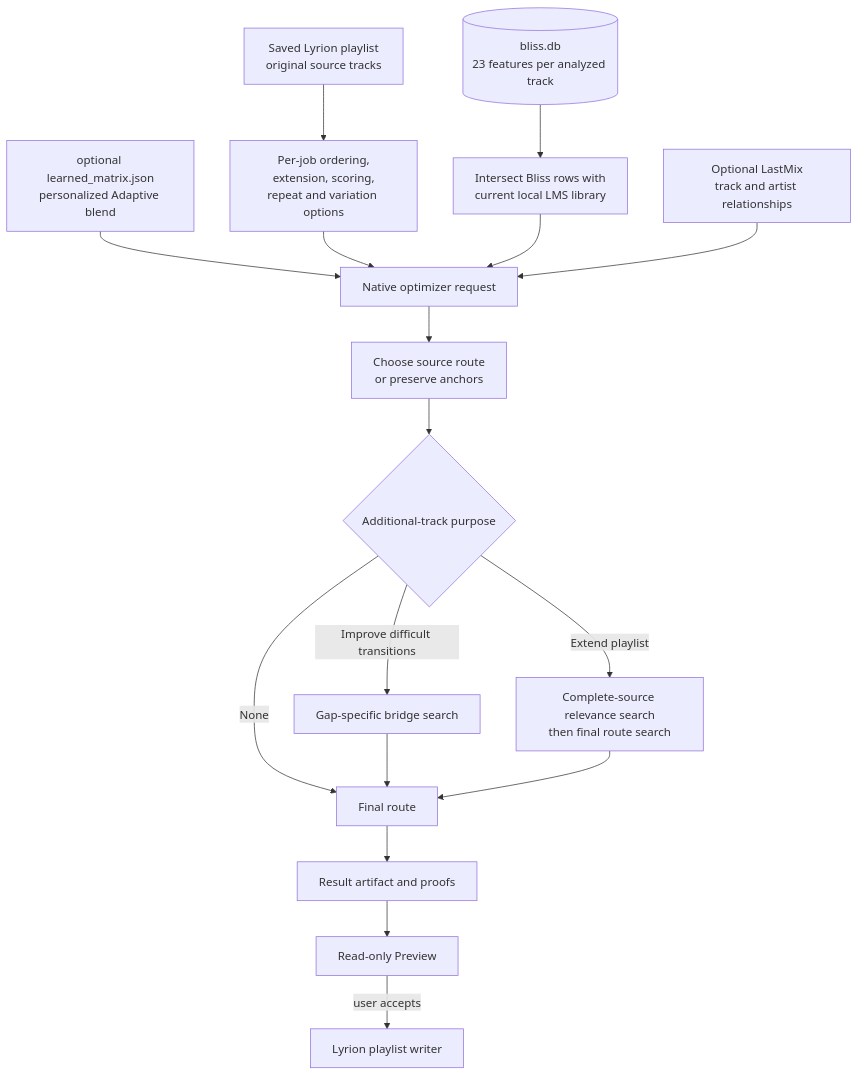
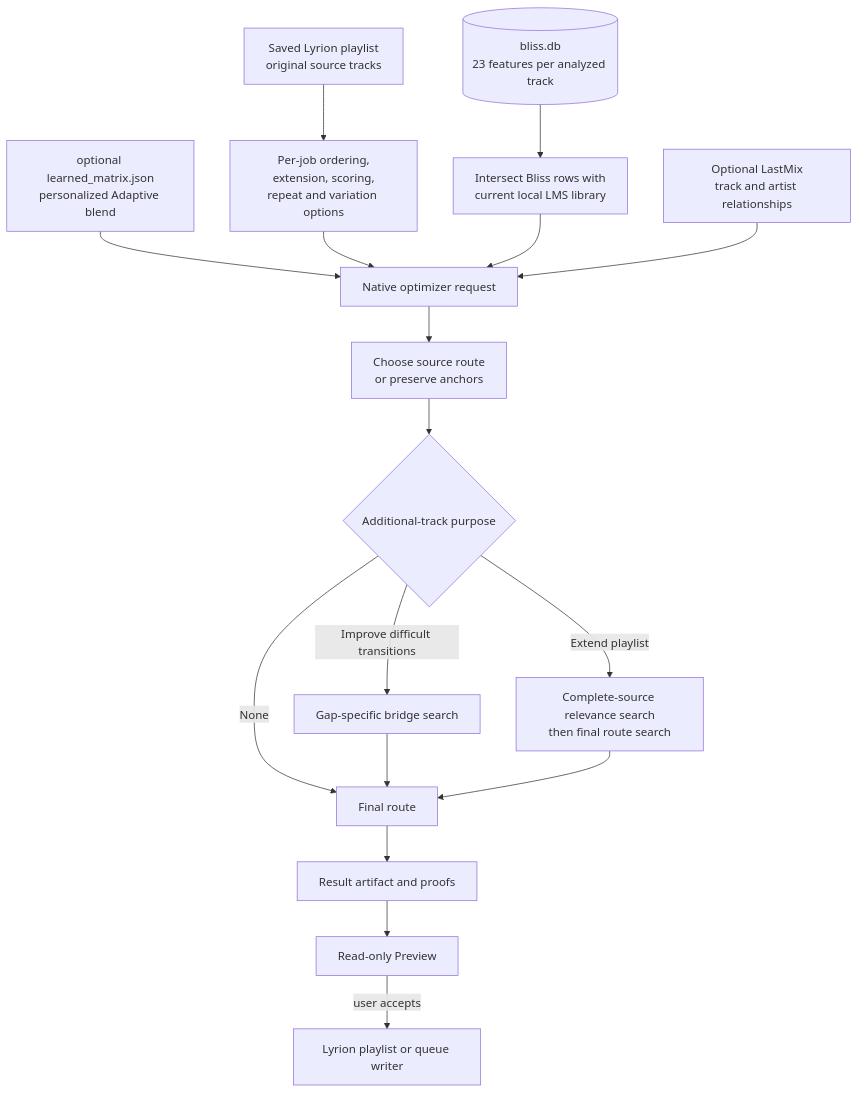
One commit to chrober/lms-better-call-bliss changed the second of 8 diagrams in ALGORITHMS.md. Above: the diagram before and after it, drawn with Mermaid. The commit also changed other lines of this file and 20 other files, not shown here.

```diff
--- a/ALGORITHMS.md
+++ b/ALGORITHMS.md
@@ -60,19 +109,19 @@
 ~~~mermaid
 flowchart TD
     P["Saved Lyrion playlist<br/>original source tracks"] --> O["Per-job ordering,<br/>extension, scoring,<br/>repeat and variation options"]
     DB[("bliss.db<br/>23 features per analyzed track")] --> I["Intersect Bliss rows with<br/>current local LMS library"]
     M["optional learned_matrix.json<br/>personalized Adaptive blend"] --> N
     O --> N["Native optimizer request"]
     I --> N
     L["Optional LastMix<br/>track and artist relationships"] --> N
     N --> S["Choose source route<br/>or preserve anchors"]
     S --> X{"Additional-track purpose"}
     X -- None --> R["Final route"]
     X -- Improve difficult transitions --> B["Gap-specific bridge search"]
     X -- Extend playlist --> G["Complete-source relevance search<br/>then final route search"]
     B --> R
     G --> R
     R --> V["Result artifact and proofs"]
     V --> Q["Read-only Preview"]
-    Q -->|"user accepts"| W["Lyrion playlist writer"]
+    Q -->|"user accepts"| W["Lyrion playlist or queue writer"]
 ~~~
```
